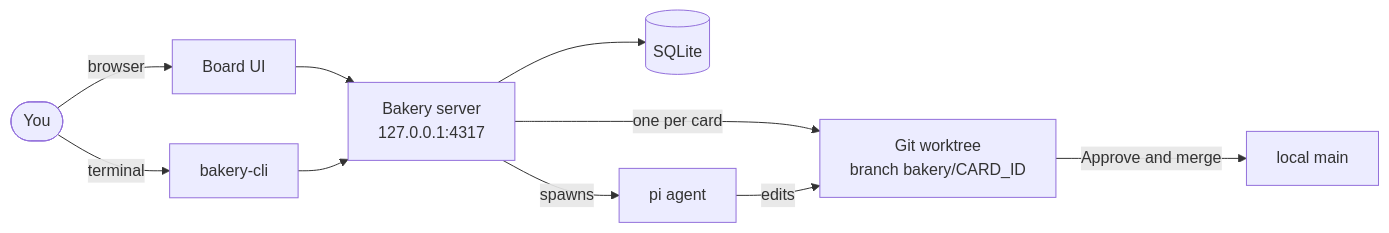
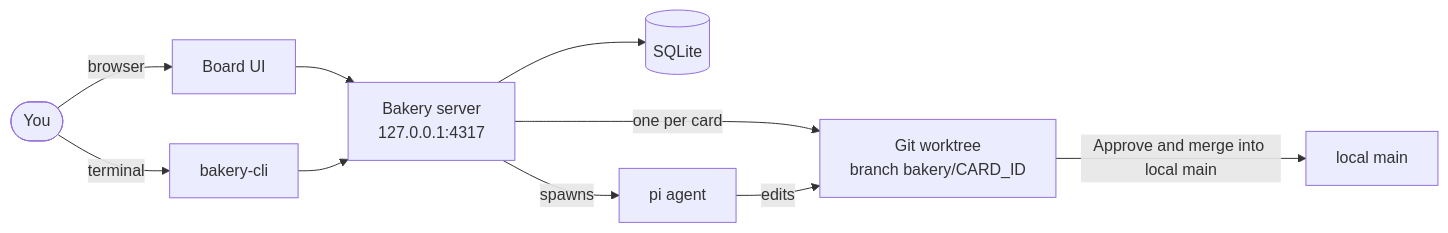
Before and after one commit to aglowinthefield/bakery: the first of 5 diagrams in README.md, drawn with Mermaid. The commit also changed other lines of this file and 9 other files, not shown here.

````diff
--- a/README.md
+++ b/README.md
@@ -7,12 +7,12 @@
 ```mermaid
 flowchart LR
   you([You]) -->|browser| ui[Board UI]
   you -->|terminal| cli[bakery-cli]
   ui --> server
   cli --> server
   server[Bakery server<br/>127.0.0.1:4317] --> db[(SQLite)]
   server -->|one per card| wt[Git worktree<br/>branch bakery/CARD_ID]
   server -->|spawns| pi[pi agent]
   pi -->|edits| wt
-  wt -->|Approve and merge| main[local main]
+  wt -->|Approve and merge into local main| main[local main]
 ```
````
